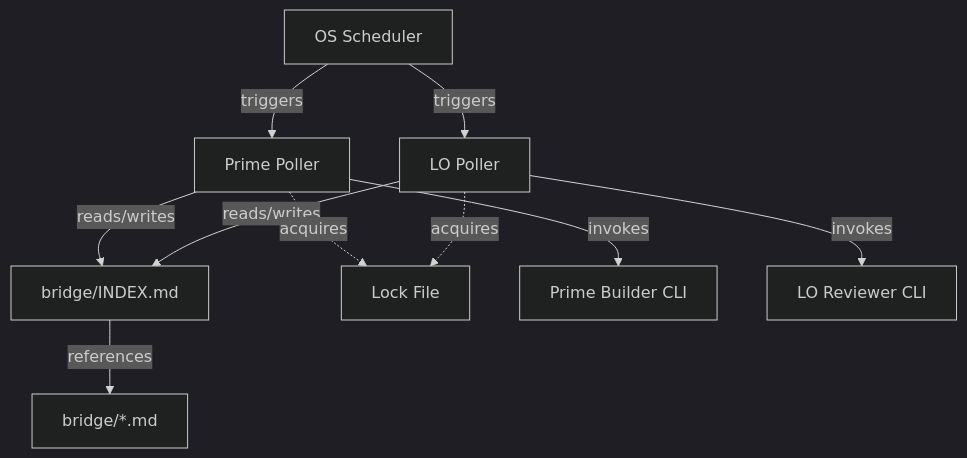
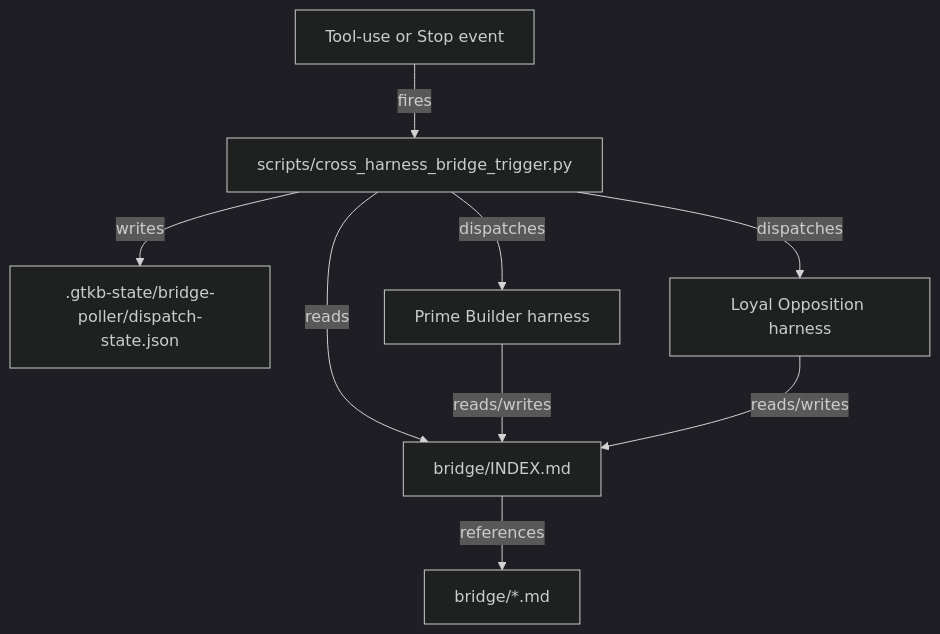
One commit to Remaker-Digital/groundtruth-kb changed the first of 2 diagrams in groundtruth-kb/docs/method/12-file-bridge-automation.md. Above: the diagram before and after it, drawn with Mermaid (dark theme). The commit also changed other lines of this file and 51 other files, not shown here.

````diff
--- a/groundtruth-kb/docs/method/12-file-bridge-automation.md
+++ b/groundtruth-kb/docs/method/12-file-bridge-automation.md
@@ -31,12 +37,11 @@
 ```mermaid
 graph TD
-    SCHED[OS Scheduler] -->|triggers| PP[Prime Poller]
-    SCHED -->|triggers| LP[LO Poller]
-    PP -->|reads/writes| IDX[bridge/INDEX.md]
-    LP -->|reads/writes| IDX
+    EVT[Tool-use or Stop event] -->|fires| TRG[scripts/cross_harness_bridge_trigger.py]
+    TRG -->|reads| IDX[bridge/INDEX.md]
+    TRG -->|writes| DST[.gtkb-state/bridge-poller/dispatch-state.json]
+    TRG -->|dispatches| PRIME[Prime Builder harness]
+    TRG -->|dispatches| LO[Loyal Opposition harness]
+    PRIME -->|reads/writes| IDX
+    LO -->|reads/writes| IDX
     IDX -->|references| FILES[bridge/*.md]
-    PP -.->|acquires| LOCK[Lock File]
-    LP -.->|acquires| LOCK
-    PP -->|invokes| PCLI[Prime Builder CLI]
-    LP -->|invokes| LCLI[LO Reviewer CLI]
 ```
````
